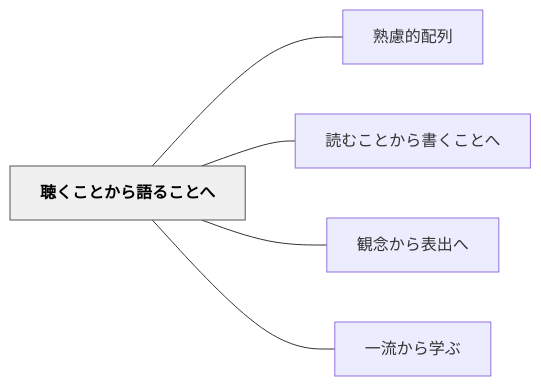
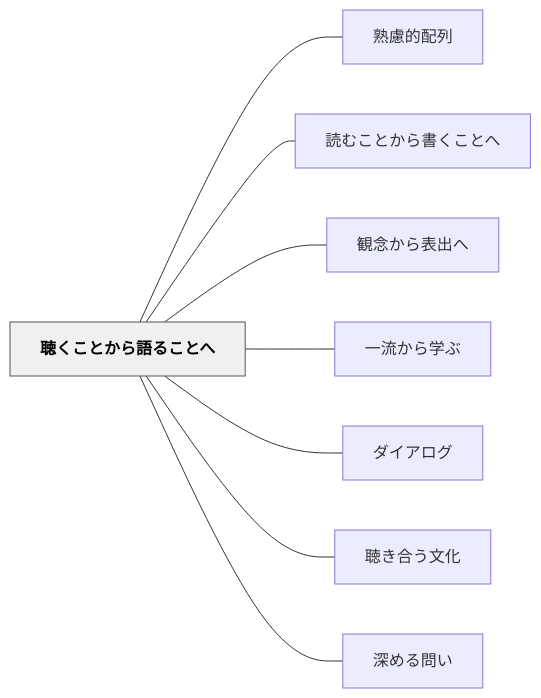
Before and after one commit to unknownthings-ed-patterns/unknownthings-ed-patterns: the diagram in content/パタン/聴くことから語ることへ.md, drawn with Mermaid. The commit also changed 20 other files, not shown here.

````diff
--- a/content/パタン/聴くことから語ることへ.md
+++ b/content/パタン/聴くことから語ることへ.md
@@ -49,16 +46,22 @@
 ```mermaid
 flowchart LR
     ne881b4e3818fe38193e381a8e3818be38289e8aa9ee3828be38193e381a8e381b8["聴くことから語ることへ"]
     ne7869fe685aee79a84e9858de58897["熟慮的配列"]
     ne8aaade38280e38193e381a8e3818be38289e69bb8e3818fe38193e381a8e381b8["読むことから書くことへ"]
     ne8a6b3e5bfb5e3818be38289e8a1a8e587bae381b8["観念から表出へ"]
     ne4b880e6b581e3818be38289e5ada6e381b6["一流から学ぶ"]
+    ne38380e382a4e382a2e383ade382b0["ダイアログ"]
+    ne881b4e3818de59088e38186e69687e58c96["聴き合う文化"]
+    ne6b7b1e38281e3828be5958fe38184["深める問い"]
 
     ne881b4e3818fe38193e381a8e3818be38289e8aa9ee3828be38193e381a8e381b8 --- ne7869fe685aee79a84e9858de58897
     ne881b4e3818fe38193e381a8e3818be38289e8aa9ee3828be38193e381a8e381b8 --- ne8aaade38280e38193e381a8e3818be38289e69bb8e3818fe38193e381a8e381b8
     ne881b4e3818fe38193e381a8e3818be38289e8aa9ee3828be38193e381a8e381b8 --- ne8a6b3e5bfb5e3818be38289e8a1a8e587bae381b8
     ne881b4e3818fe38193e381a8e3818be38289e8aa9ee3828be38193e381a8e381b8 --- ne4b880e6b581e3818be38289e5ada6e381b6
+    ne881b4e3818fe38193e381a8e3818be38289e8aa9ee3828be38193e381a8e381b8 --- ne38380e382a4e382a2e383ade382b0
+    ne881b4e3818fe38193e381a8e3818be38289e8aa9ee3828be38193e381a8e381b8 --- ne881b4e3818de59088e38186e69687e58c96
+    ne881b4e3818fe38193e381a8e3818be38289e8aa9ee3828be38193e381a8e381b8 --- ne6b7b1e38281e3828be5958fe38184
 
     classDef hub fill:#f0f0f0,stroke:#555,color:#000,font-weight:bold
     class ne881b4e3818fe38193e381a8e3818be38289e8aa9ee3828be38193e381a8e381b8 hub
 ```
````
